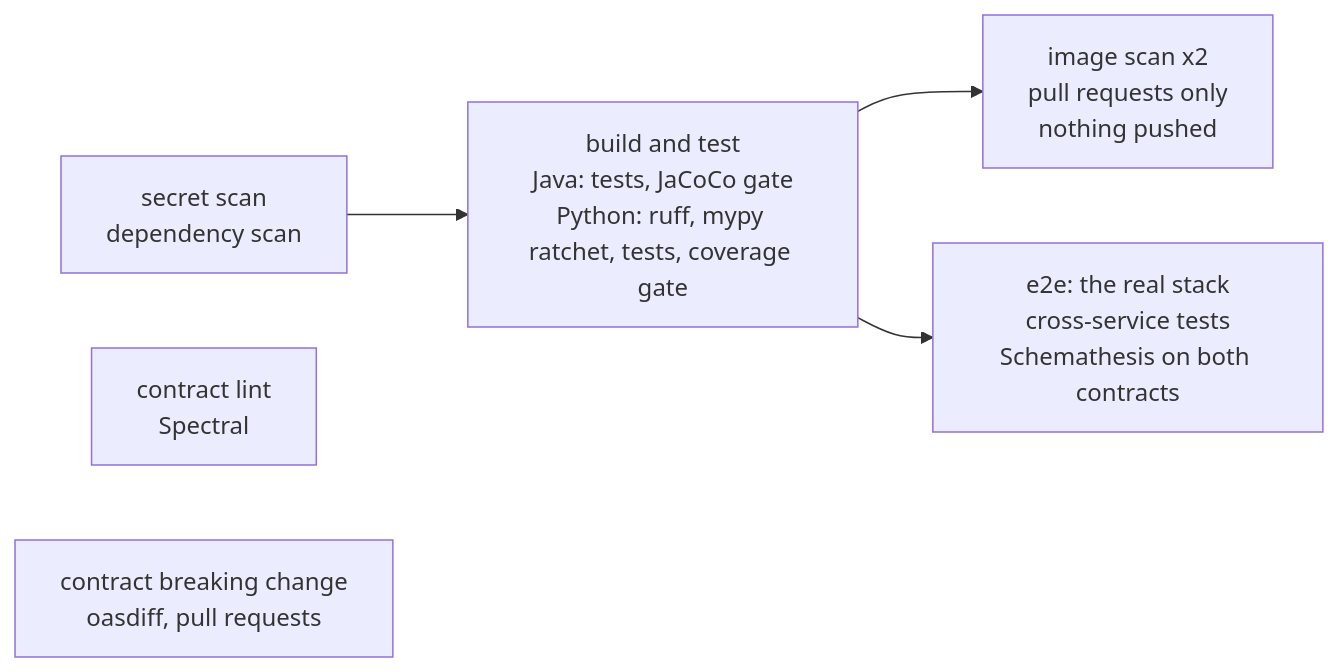
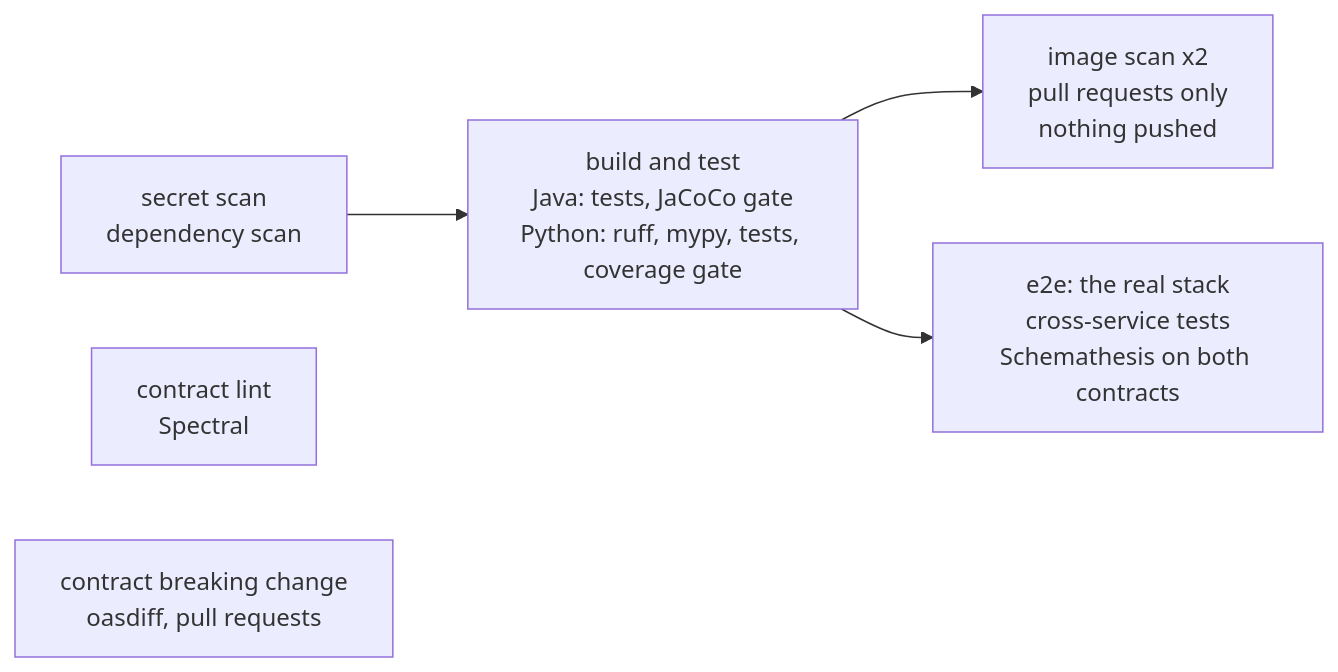
One commit to nikmar0808/eai-backend-poc changed the second of 2 diagrams in README.md. Above: the diagram before and after it, drawn with Mermaid. The commit also changed other lines of this file and 3 other files, not shown here.

Commit message:
EPA-64: architecture document, finished README, retrospective

````diff
--- a/README.md
+++ b/README.md
@@ -80,8 +94,8 @@
 ```mermaid
 flowchart LR
-    S["secret scan<br/>dependency scan"] --> BT["build and test<br/>Java: tests, JaCoCo gate<br/>Python: ruff, mypy ratchet, tests, coverage gate"]
+    S["secret scan<br/>dependency scan"] --> BT["build and test<br/>Java: tests, JaCoCo gate<br/>Python: ruff, mypy, tests, coverage gate"]
     BT --> IS["image scan x2<br/>pull requests only<br/>nothing pushed"]
     BT --> E2E["e2e: the real stack<br/>cross-service tests<br/>Schemathesis on both contracts"]
     CL["contract lint<br/>Spectral"]
     CB["contract breaking change<br/>oasdiff, pull requests"]
 ```
````
